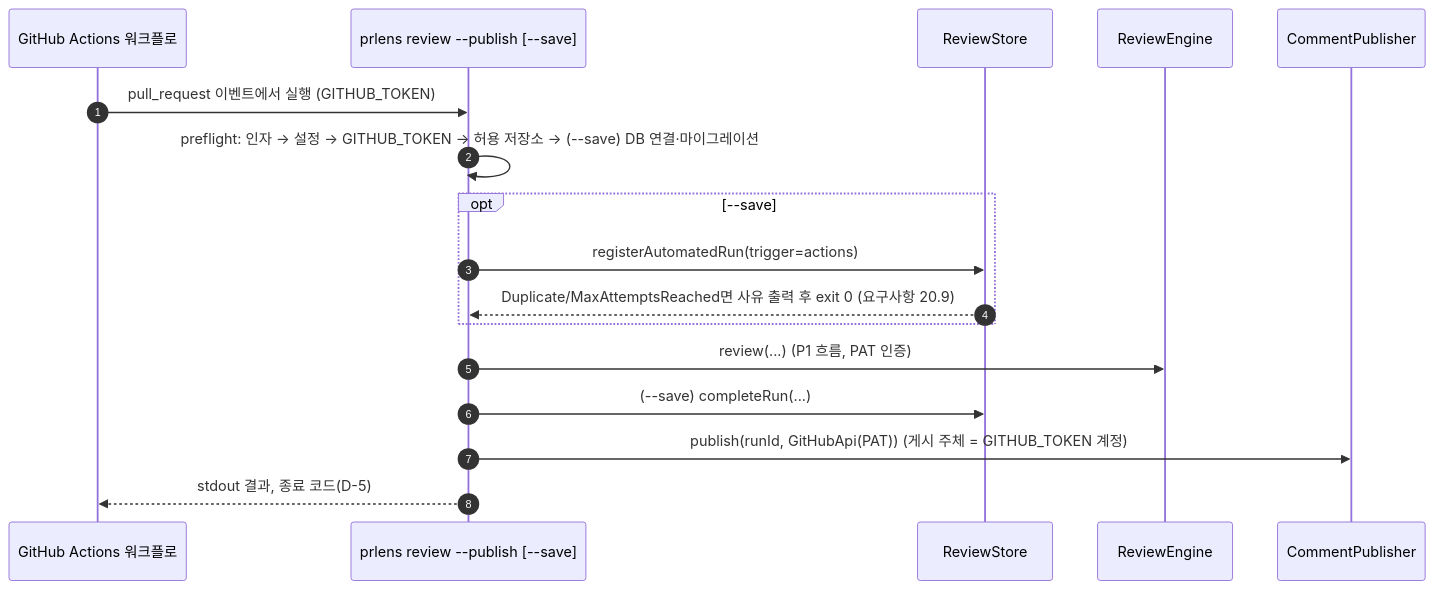
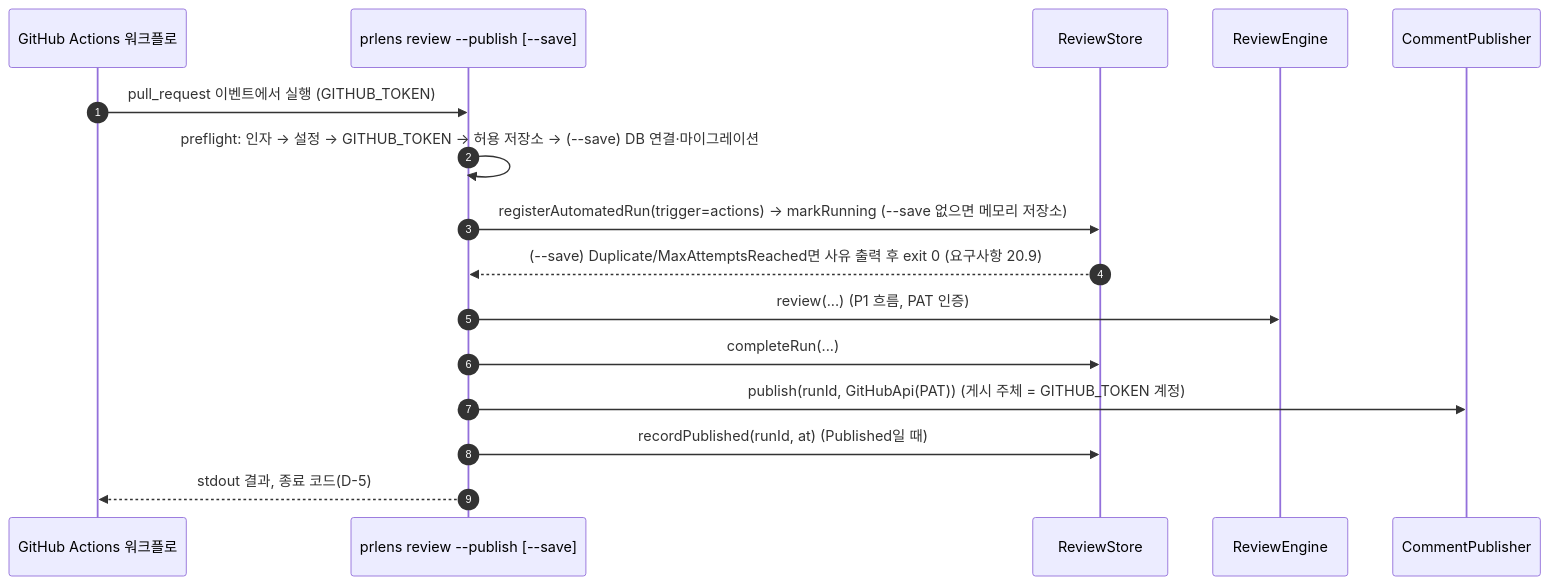
One commit to jjangyeesoo/claude-team-pr-lens changed the fifth of 7 diagrams in docs/specs/pr-lens-p2-automation/design.md. Above: the diagram before and after it, drawn with Mermaid. The commit also changed other lines of this file and 9 other files, not shown here.

````diff
--- a/docs/specs/pr-lens-p2-automation/design.md
+++ b/docs/specs/pr-lens-p2-automation/design.md
@@ -201,19 +212,18 @@
 ```mermaid
 sequenceDiagram
   autonumber
   participant ACT as GitHub Actions 워크플로
   participant CLI as prlens review --publish [--save]
   participant RS as ReviewStore
   participant ENG as ReviewEngine
   participant CP as CommentPublisher
   ACT->>CLI: pull_request 이벤트에서 실행 (GITHUB_TOKEN)
   CLI->>CLI: preflight: 인자 → 설정 → GITHUB_TOKEN → 허용 저장소 → (--save) DB 연결·마이그레이션
-  opt --save
-    CLI->>RS: registerAutomatedRun(trigger=actions)
-    RS-->>CLI: Duplicate/MaxAttemptsReached면 사유 출력 후 exit 0 (요구사항 20.9)
-  end
+  CLI->>RS: registerAutomatedRun(trigger=actions) → markRunning (--save 없으면 메모리 저장소)
+  RS-->>CLI: (--save) Duplicate/MaxAttemptsReached면 사유 출력 후 exit 0 (요구사항 20.9)
   CLI->>ENG: review(...) (P1 흐름, PAT 인증)
-  CLI->>RS: (--save) completeRun(...)
+  CLI->>RS: completeRun(...)
   CLI->>CP: publish(runId, GitHubApi(PAT)) (게시 주체 = GITHUB_TOKEN 계정)
+  CLI->>RS: recordPublished(runId, at) (Published일 때)
   CLI-->>ACT: stdout 결과, 종료 코드(D-5)
 ```
````
